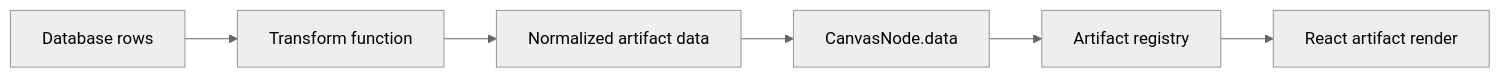
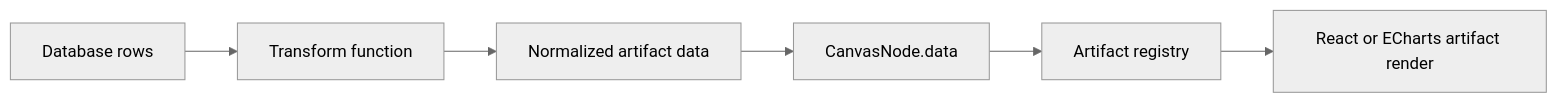
Before and after one commit to siriusctrl/freeform-artifacts: the diagram in README.md, drawn with Mermaid (neutral theme). The commit also changed other lines of this file and 16 other files, not shown here.

````diff
--- a/README.md
+++ b/README.md
@@ -130,8 +159,8 @@
 ```mermaid
 flowchart LR
     db["Database rows"] --> transform["Transform function"]
     transform --> artifactData["Normalized artifact data"]
     artifactData --> node["CanvasNode.data"]
     node --> registry["Artifact registry"]
-    registry --> render["React artifact render"]
+    registry --> render["React or ECharts artifact render"]
 ```
````
